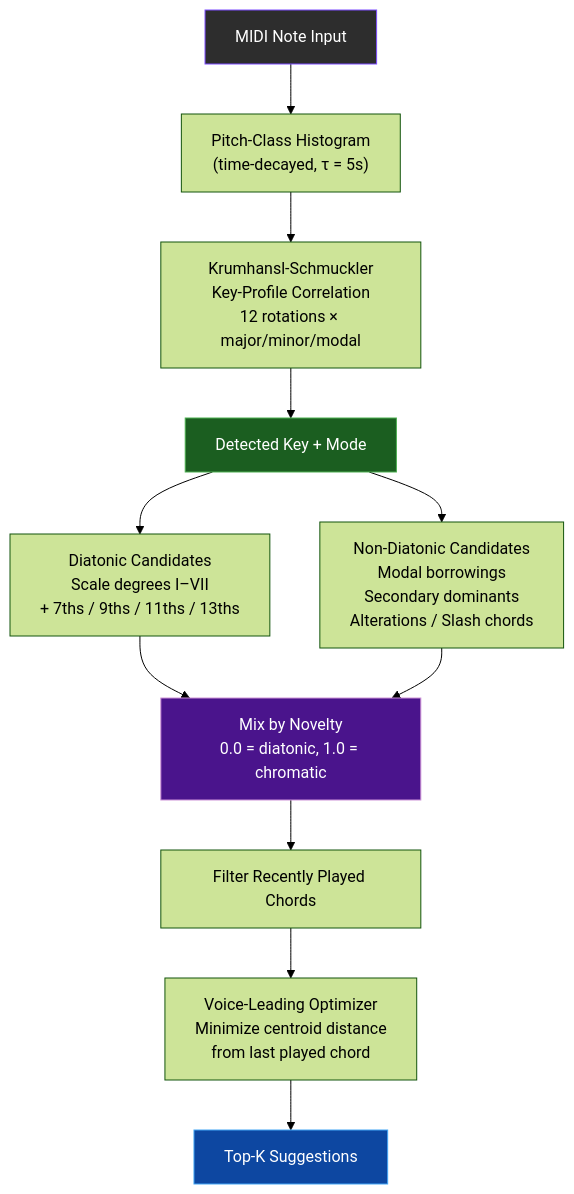
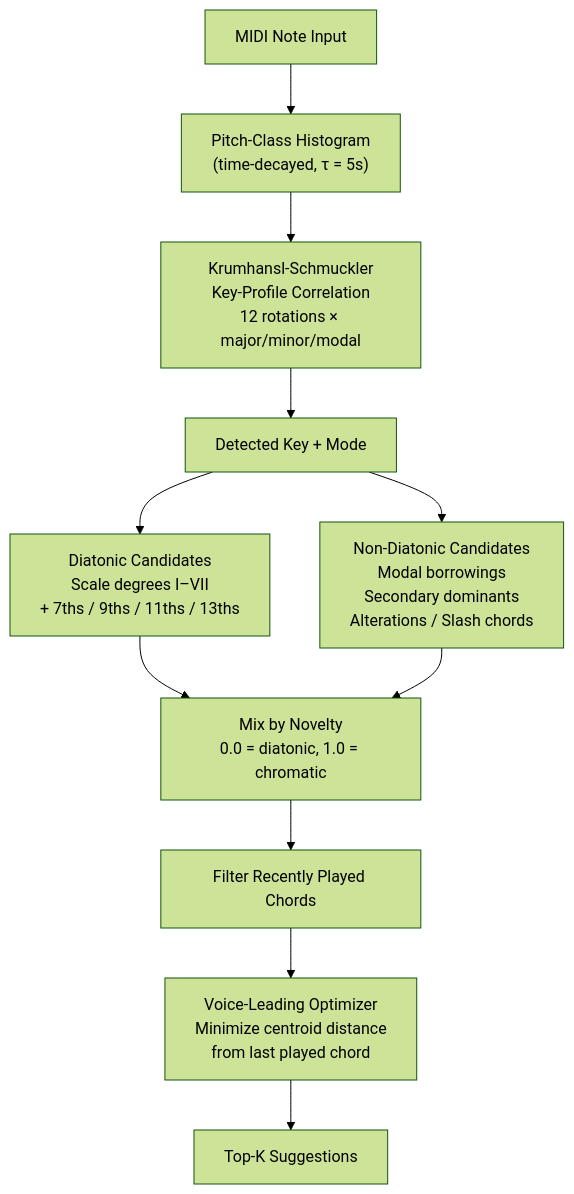
One commit to Conceptual-Machines/magda-core changed the diagram in manual/docs/devices/chord-engine.md. Above: the diagram before and after it, drawn with Mermaid (forest theme). The commit also changed 10 other files, not shown here.

````diff
--- a/manual/docs/devices/chord-engine.md
+++ b/manual/docs/devices/chord-engine.md
@@ -101,25 +101,20 @@
 ```mermaid
 flowchart TD
     A["MIDI Note Input"] --> B["Pitch-Class Histogram<br>(time-decayed, τ = 5s)"]
 
     B --> C["Krumhansl-Schmuckler<br>Key-Profile Correlation<br>12 rotations × major/minor/modal"]
 
     C --> D["Detected Key + Mode"]
 
     D --> E["Diatonic Candidates<br>Scale degrees I–VII<br>+ 7ths / 9ths / 11ths / 13ths"]
     D --> F["Non-Diatonic Candidates<br>Modal borrowings<br>Secondary dominants<br>Alterations / Slash chords"]
 
     E --> G["Mix by Novelty<br>0.0 = diatonic, 1.0 = chromatic"]
     F --> G
 
     G --> H["Filter Recently Played Chords"]
 
     H --> I["Voice-Leading Optimizer<br>Minimize centroid distance<br>from last played chord"]
 
     I --> J["Top-K Suggestions"]
-
-    style A fill:#2d2d2d,stroke:#7c4dff,color:#fff
-    style D fill:#1b5e20,stroke:#4caf50,color:#fff
-    style G fill:#4a148c,stroke:#ce93d8,color:#fff
-    style J fill:#0d47a1,stroke:#42a5f5,color:#fff
 ```
````
